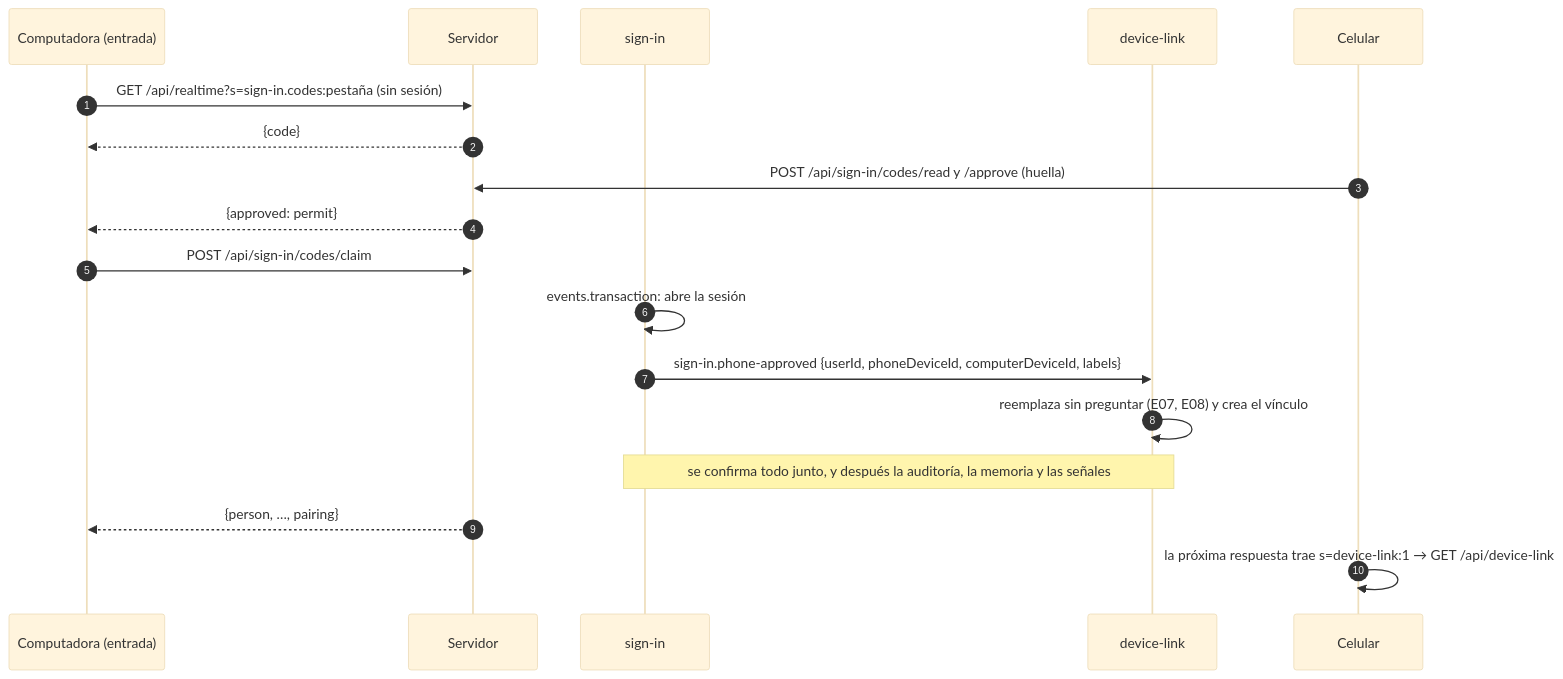
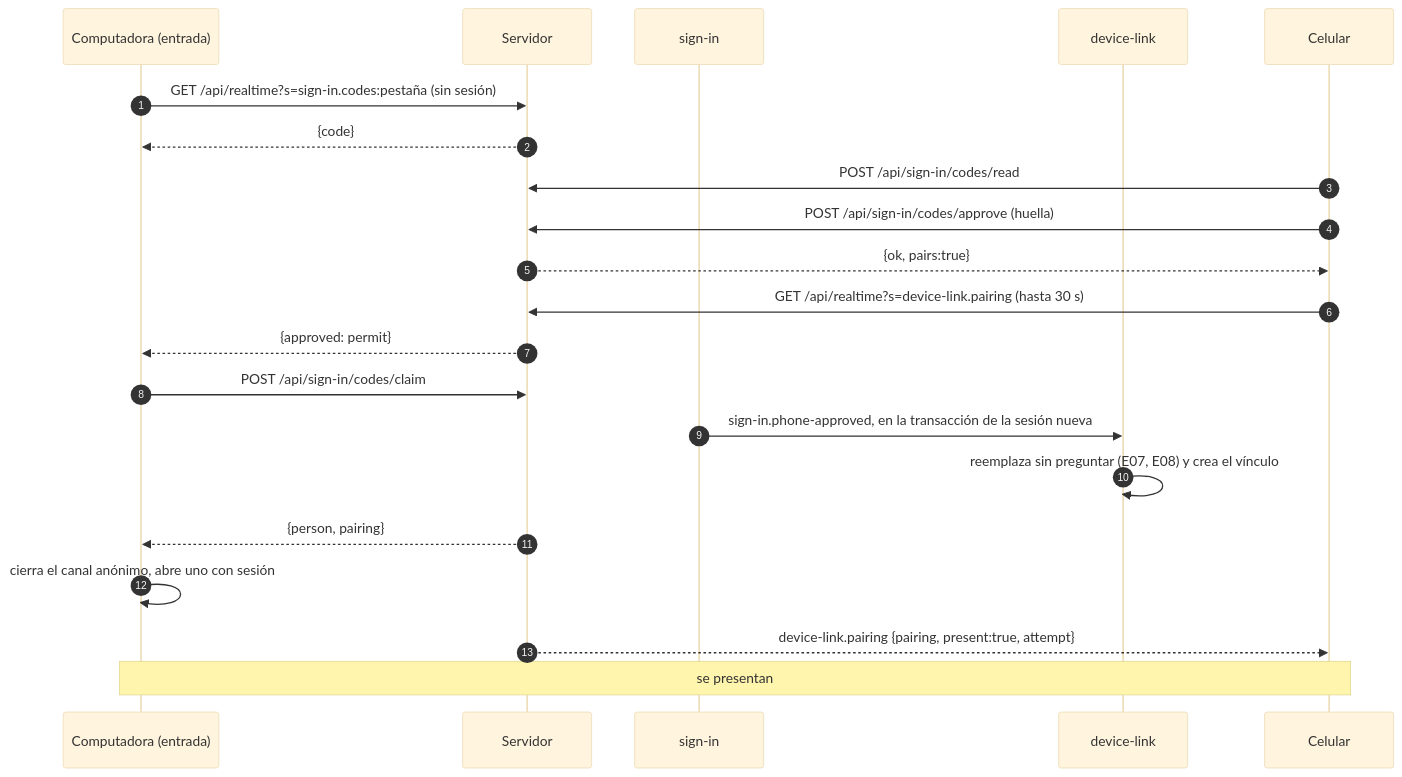
Before and after one commit to carlos-illobre/ferrebress: diagram 12 of 13 in docs/technical/modules/device-link.md, drawn with Mermaid (base theme). The commit also changed other lines of this file and 10 other files, not shown here.

First line of the commit message:
03a · paso 5: el diseño del vínculo corregido con las dos revisiones

````diff
--- a/docs/technical/modules/device-link.md
+++ b/docs/technical/modules/device-link.md
@@ -814,20 +997,23 @@
 ```mermaid
 sequenceDiagram
   autonumber
   participant PC as Computadora (entrada)
   participant S as Servidor
   participant SI as sign-in
   participant DL as device-link
   participant CE as Celular
   PC->>S: GET /api/realtime?s=sign-in.codes:pestaña (sin sesión)
   S-->>PC: {code}
-  CE->>S: POST /api/sign-in/codes/read y /approve (huella)
+  CE->>S: POST /api/sign-in/codes/read
+  CE->>S: POST /api/sign-in/codes/approve (huella)
+  S-->>CE: {ok, pairs:true}
+  CE->>S: GET /api/realtime?s=device-link.pairing (hasta 30 s)
   S-->>PC: {approved: permit}
   PC->>S: POST /api/sign-in/codes/claim
-  SI->>SI: events.transaction: abre la sesión
-  SI->>DL: sign-in.phone-approved {userId, phoneDeviceId, computerDeviceId, labels}
+  SI->>DL: sign-in.phone-approved, en la transacción de la sesión nueva
   DL->>DL: reemplaza sin preguntar (E07, E08) y crea el vínculo
-  Note over SI,DL: se confirma todo junto, y después la auditoría, la memoria y las señales
-  S-->>PC: {person, …, pairing}
-  CE->>CE: la próxima respuesta trae s=device-link:1 → GET /api/device-link
+  S-->>PC: {person, pairing}
+  PC->>PC: cierra el canal anónimo, abre uno con sesión
+  S-->>CE: device-link.pairing {pairing, present:true, attempt}
+  Note over PC,CE: se presentan
 ```
````
